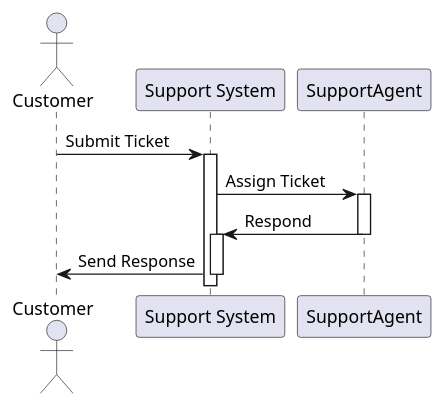
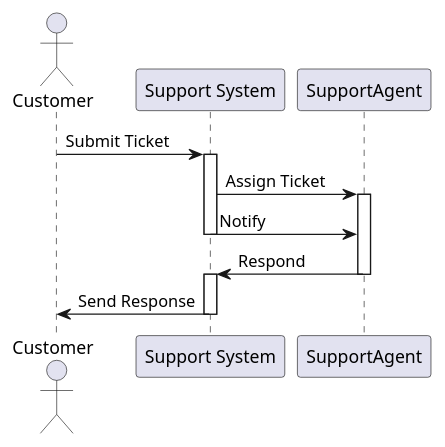
One commit to alladin7000/alladin7000.github.io changed the diagram in s.puml. Above: the diagram before and after it, drawn with PlantUML. The commit also changed 1 other file, not shown here.

```diff
--- a/s.puml
+++ b/s.puml
@@ -1,18 +1,19 @@
 @startuml
 actor Customer
 participant "Support System" as System
 participant "SupportAgent"
 
 Customer -> System : Submit Ticket
 activate System
 
 System -> SupportAgent : Assign Ticket
 activate SupportAgent
-
+System -> SupportAgent : Notify
+deactivate System
 SupportAgent -> System : Respond
 deactivate SupportAgent
 activate System
 
 System -> Customer : Send Response
 deactivate System
 @enduml
```
